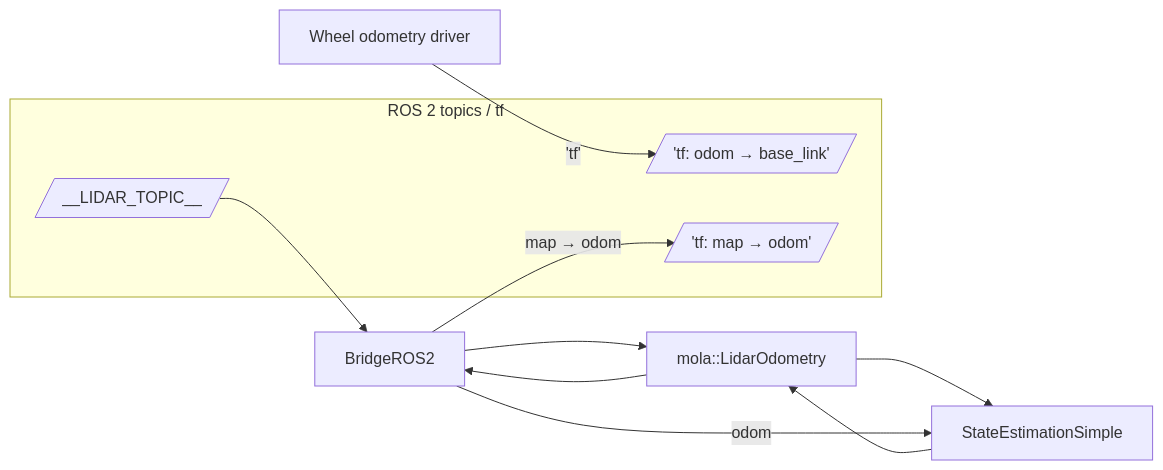
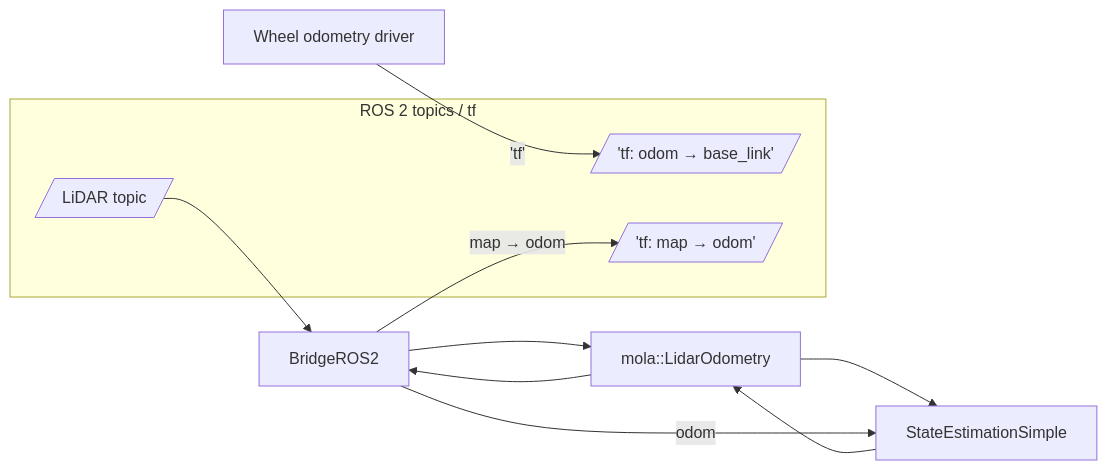
One commit to ros2-gbp/mola-release changed the second of 11 diagrams in docs/source/mola_ros2_configurations.rst. Above: the diagram before and after it, drawn with Mermaid. The commit also changed other lines of this file and 119 other files, not shown here.

```diff
--- a/docs/source/mola_ros2_configurations.rst
+++ b/docs/source/mola_ros2_configurations.rst
@@ -181,16 +212,16 @@
 .. mermaid::
 
    flowchart LR
      subgraph ROS2[ROS 2 topics / tf]
-       lidar[/"__LIDAR_TOPIC__"/]
+       lidar[/"LiDAR topic"/]
        odomtf[/'tf: odom → base_link'/]
        mapodom[/'tf: map → odom'/]
      end
      wheel[Wheel odometry driver] -->|'tf'| odomtf
      lidar --> bridge[BridgeROS2]
      bridge --> lo[mola::LidarOdometry]
      lo --> bridge
      se --> lo
      lo --> se[StateEstimationSimple]
      bridge -->|odom| se
      bridge -->|map → odom| mapodom
```
